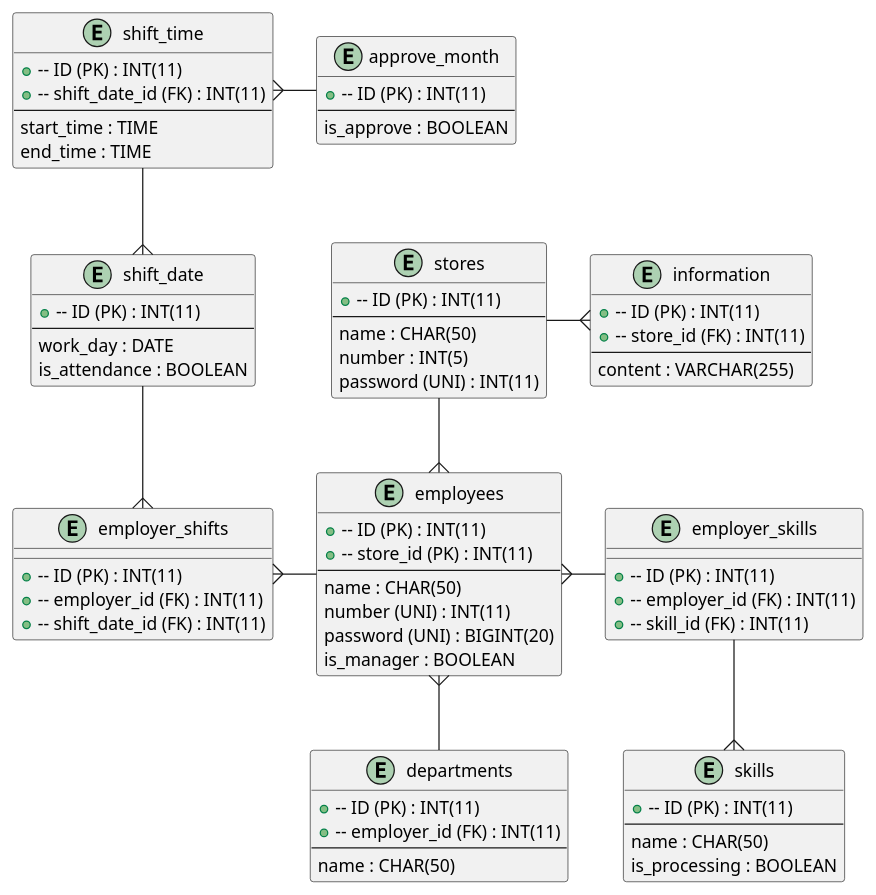
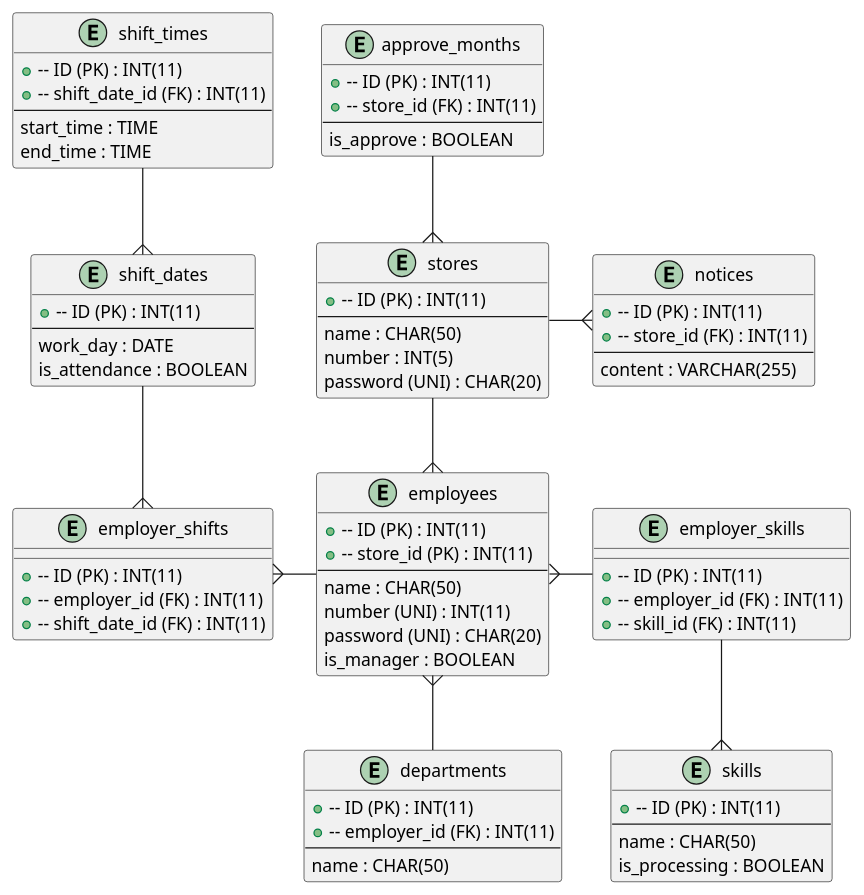
The diagram in ER.pu (kokimoriguchi/portfolio_detail), drawn with PlantUML before and after one commit. The commit also changed 3 other files, not shown here.

```diff
--- a/ER.pu
+++ b/ER.pu
@@ -1,92 +1,85 @@
 @startuml ER
 
 entity "employees" as employees {
   +-- ID (PK) : INT(11)
   +-- store_id (PK) : INT(11)
   --
   name : CHAR(50)
   number (UNI) : INT(11)
-  password (UNI) : BIGINT(20)
+  password (UNI) : CHAR(20)
   is_manager : BOOLEAN
 }
 
-' entity "managers" as managers {
-'   +-- ID (PK) : INT(11)
-'   --
-'   name : CHAR(50)
-'   number (UNI) : INT(11)
-'   password (UNI) : BIGINT(20)
-' }
-
-entity "shift_time" as shift_time {
+entity "shift_times" as shift_times {
   +-- ID (PK) : INT(11)
   +-- shift_date_id (FK) : INT(11)
   --
   start_time : TIME
   end_time : TIME
 }
 
-entity "shift_date" as shift_date {
+entity "shift_dates" as shift_dates {
   +-- ID (PK) : INT(11)
   --
   work_day : DATE
   is_attendance : BOOLEAN
 }
 
 entity "employer_shifts" as employer_shifts {
   +-- ID (PK) : INT(11)
   +-- employer_id (FK) : INT(11)
   +-- shift_date_id (FK) : INT(11)
 }
 
-entity "approve_month" as approve_month {
+entity "approve_months" as approve_months {
   +-- ID (PK) : INT(11)
+  +-- store_id (FK) : INT(11)
   --
   is_approve : BOOLEAN
 }
 
 entity "departments" as departments {
   +-- ID (PK) : INT(11)
   +-- employer_id (FK) : INT(11)
   --
   name : CHAR(50)
 }
 
 entity "skills" as skills {
   +-- ID (PK) : INT(11)
   --
   name : CHAR(50)
   is_processing : BOOLEAN
 }
 
 entity "employer_skills" as employer_skills {
   +-- ID (PK) : INT(11)
   +-- employer_id (FK) : INT(11)
   +-- skill_id (FK) : INT(11)
 }
 
 entity "stores" as stores {
   +-- ID (PK) : INT(11)
   --
   name : CHAR(50)
   number : INT(5)
-  password (UNI) : INT(11)
+  password (UNI) : CHAR(20)
 }
 
-entity "information" as information {
+entity "notices" as notices {
   +-- ID (PK) : INT(11)
   +-- store_id (FK) : INT(11)
   --
   content : VARCHAR(255)
 }
-stores -r-{ information
+stores -r-{ notices
 stores -d-{ employees
 employees -l-{ employer_shifts
-employer_shifts }-u- shift_date
-shift_time --{ shift_date
+employer_shifts }-u- shift_dates
+shift_times --{ shift_dates
 employer_skills -l-{ employees
 employer_skills --{ skills
 departments -u-{ employees
-approve_month -l-{ shift_time
+approve_months --{ stores
 
 @enduml
```
